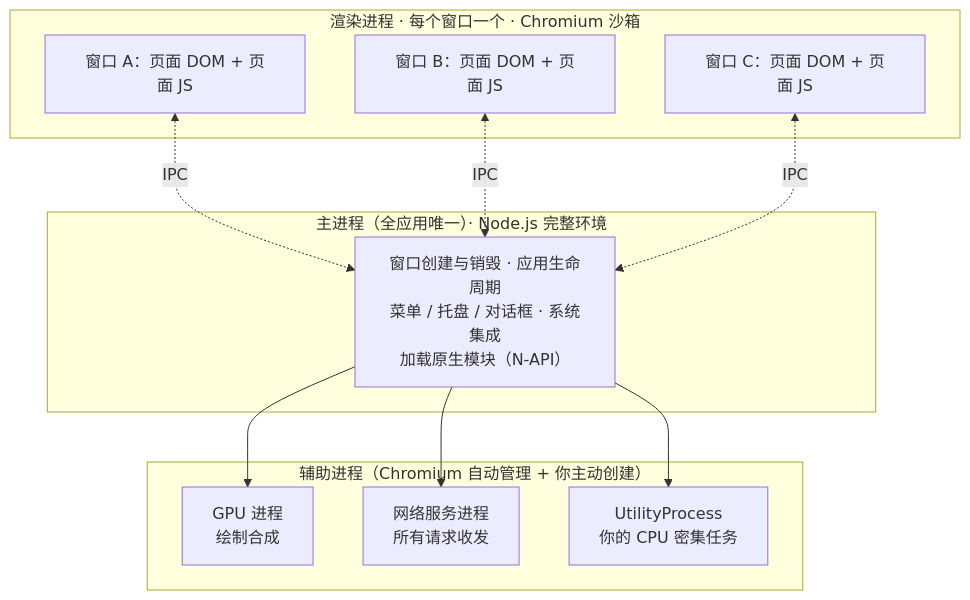
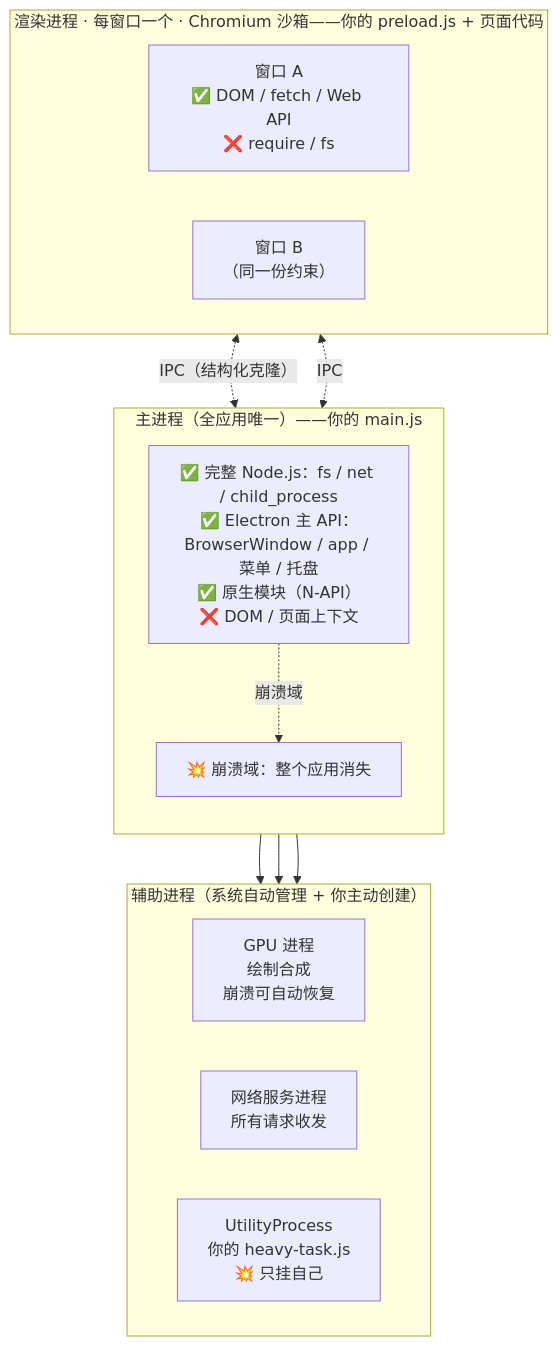
Before and after one commit to zenHeart/learn-electron: the diagram in docs/part1-background/04-process-model.md, drawn with Mermaid. The commit also changed 7 other files, not shown here.

First line of the commit message:
ui: mermaid 主题对齐站点 token + 核心图升级

````diff
--- a/docs/part1-background/04-process-model.md
+++ b/docs/part1-background/04-process-model.md
@@ -9,25 +9,28 @@
 ```mermaid
 graph TB
-    subgraph MAIN["主进程（全应用唯一）· Node.js 完整环境"]
-        M["窗口创建与销毁 · 应用生命周期<br/>菜单 / 托盘 / 对话框 · 系统集成<br/>加载原生模块（N-API）"]
+    subgraph MAIN["主进程（全应用唯一）——你的 main.js"]
+        direction TB
+        M["✅ 完整 Node.js：fs / net / child_process<br/>✅ Electron 主 API：BrowserWindow / app / 菜单 / 托盘<br/>✅ 原生模块（N-API）<br/>❌ DOM / 页面上下文"]
+        MCRASH["💥 崩溃域：整个应用消失"]
     end
 
-    subgraph RENDERERS["渲染进程 · 每个窗口一个 · Chromium 沙箱"]
-        R1["窗口 A：页面 DOM + 页面 JS"]
-        R2["窗口 B：页面 DOM + 页面 JS"]
-        R3["窗口 C：页面 DOM + 页面 JS"]
+    subgraph RENDERERS["渲染进程 · 每窗口一个 · Chromium 沙箱——你的 preload.js + 页面代码"]
+        direction LR
+        R1["窗口 A<br/>✅ DOM / fetch / Web API<br/>❌ require / fs"]
+        R2["窗口 B<br/>（同一份约束）"]
     end
 
-    subgraph HELPERS["辅助进程（Chromium 自动管理 + 你主动创建）"]
-        GPU["GPU 进程<br/>绘制合成"]
+    subgraph HELPERS["辅助进程（系统自动管理 + 你主动创建）"]
+        direction LR
+        GPU["GPU 进程<br/>绘制合成<br/>崩溃可自动恢复"]
         NET["网络服务进程<br/>所有请求收发"]
-        UTIL["UtilityProcess<br/>你的 CPU 密集任务"]
+        UTIL["UtilityProcess<br/>你的 heavy-task.js<br/>💥 只挂自己"]
     end
 
-    R1 <-. "IPC" .-> M
+    R1 <-. "IPC（结构化克隆）" .-> M
     R2 <-. "IPC" .-> M
-    R3 <-. "IPC" .-> M
     M --> GPU
     M --> NET
     M --> UTIL
+    M -.->|崩溃域| MCRASH
 ```
````
